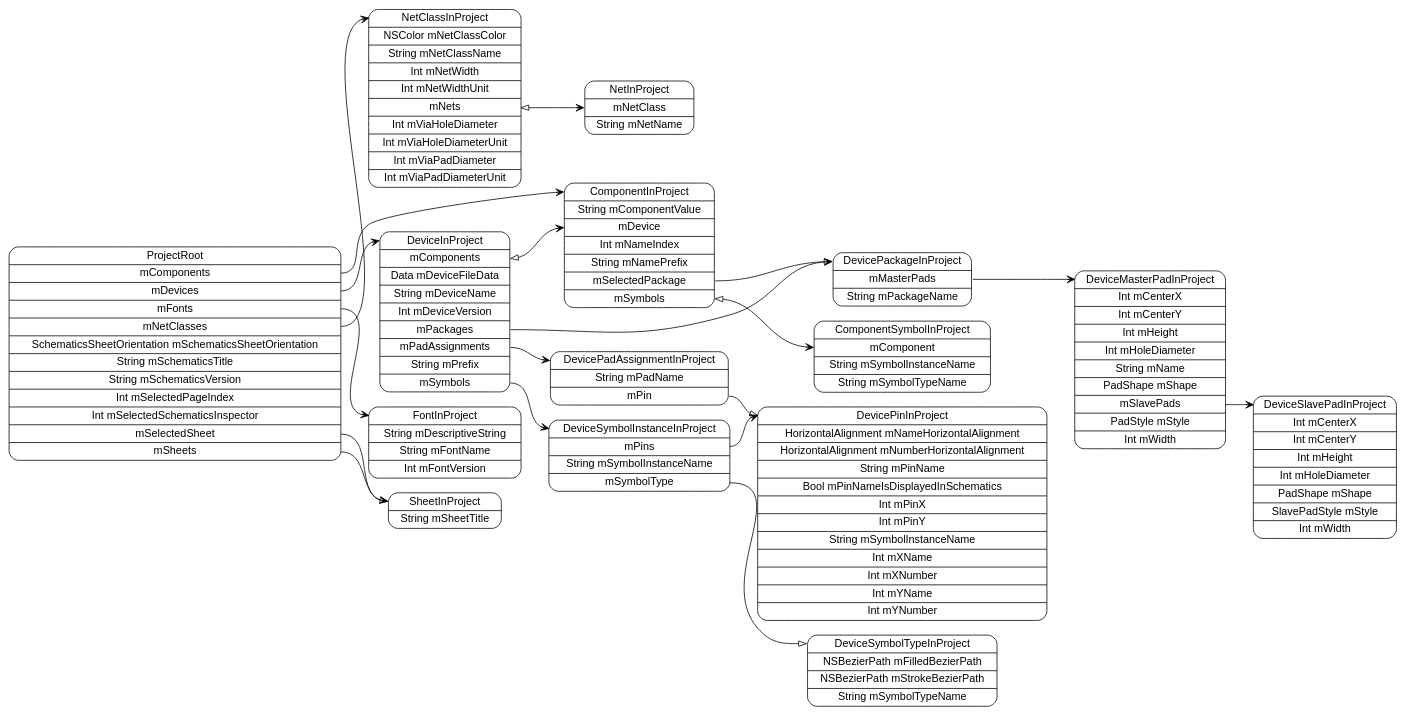
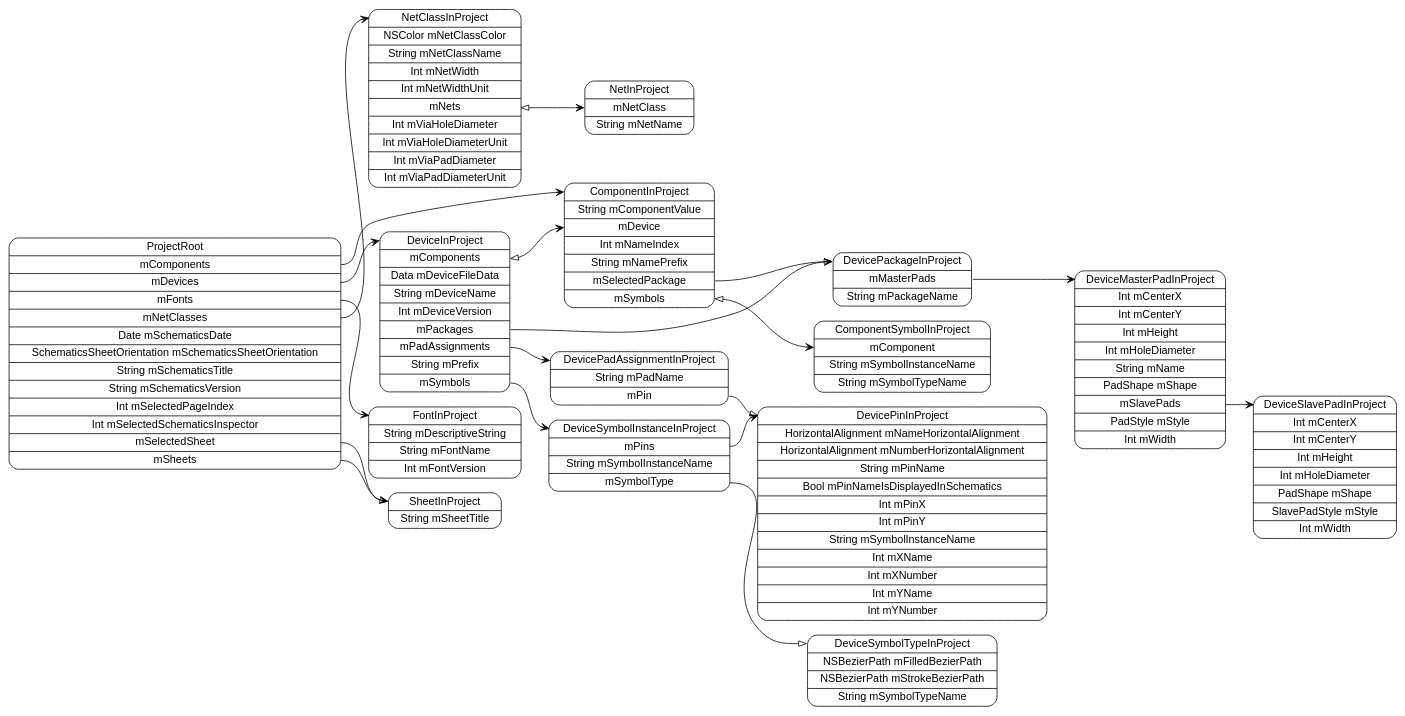
One commit to pierremolinaro/ElCanari-dev changed the diagram in models/ProjectRoot.dot. Above: the diagram before and after it, drawn with Graphviz. The commit also changed 14 other files, not shown here.

Commit message:
Project : starting sheet drawing

```diff
--- a/models/ProjectRoot.dot
+++ b/models/ProjectRoot.dot
@@ -1,37 +1,37 @@
 digraph G {
   rankdir=LR ;
   node [shape=record fontname=helvetica style=rounded] ;
-  ProjectRoot[label="<ProjectRoot>ProjectRoot|<mComponents>mComponents|<mDevices>mDevices|<mFonts>mFonts|<mNetClasses>mNetClasses|SchematicsSheetOrientation mSchematicsSheetOrientation|String mSchematicsTitle|String mSchematicsVersion|Int mSelectedPageIndex|Int mSelectedSchematicsInspector|<mSelectedSheet>mSelectedSheet|<mSheets>mSheets"] ;
+  ProjectRoot[label="<ProjectRoot>ProjectRoot|<mComponents>mComponents|<mDevices>mDevices|<mFonts>mFonts|<mNetClasses>mNetClasses|Date mSchematicsDate|SchematicsSheetOrientation mSchematicsSheetOrientation|String mSchematicsTitle|String mSchematicsVersion|Int mSelectedPageIndex|Int mSelectedSchematicsInspector|<mSelectedSheet>mSelectedSheet|<mSheets>mSheets"] ;
   SheetInProject[label="<SheetInProject>SheetInProject|String mSheetTitle"] ;
   NetClassInProject[label="<NetClassInProject>NetClassInProject|NSColor mNetClassColor|String mNetClassName|Int mNetWidth|Int mNetWidthUnit|<mNets>mNets|Int mViaHoleDiameter|Int mViaHoleDiameterUnit|Int mViaPadDiameter|Int mViaPadDiameterUnit"] ;
   NetInProject[label="<NetInProject>NetInProject|<mNetClass>mNetClass|String mNetName"] ;
   FontInProject[label="<FontInProject>FontInProject|String mDescriptiveString|String mFontName|Int mFontVersion"] ;
   DeviceInProject[label="<DeviceInProject>DeviceInProject|<mComponents>mComponents|Data mDeviceFileData|String mDeviceName|Int mDeviceVersion|<mPackages>mPackages|<mPadAssignments>mPadAssignments|String mPrefix|<mSymbols>mSymbols"] ;
   DeviceSymbolInstanceInProject[label="<DeviceSymbolInstanceInProject>DeviceSymbolInstanceInProject|<mPins>mPins|String mSymbolInstanceName|<mSymbolType>mSymbolType"] ;
   DeviceSymbolTypeInProject[label="<DeviceSymbolTypeInProject>DeviceSymbolTypeInProject|NSBezierPath mFilledBezierPath|NSBezierPath mStrokeBezierPath|String mSymbolTypeName"] ;
   DevicePinInProject[label="<DevicePinInProject>DevicePinInProject|HorizontalAlignment mNameHorizontalAlignment|HorizontalAlignment mNumberHorizontalAlignment|String mPinName|Bool mPinNameIsDisplayedInSchematics|Int mPinX|Int mPinY|String mSymbolInstanceName|Int mXName|Int mXNumber|Int mYName|Int mYNumber"] ;
   DevicePadAssignmentInProject[label="<DevicePadAssignmentInProject>DevicePadAssignmentInProject|String mPadName|<mPin>mPin"] ;
   DevicePackageInProject[label="<DevicePackageInProject>DevicePackageInProject|<mMasterPads>mMasterPads|String mPackageName"] ;
   DeviceMasterPadInProject[label="<DeviceMasterPadInProject>DeviceMasterPadInProject|Int mCenterX|Int mCenterY|Int mHeight|Int mHoleDiameter|String mName|PadShape mShape|<mSlavePads>mSlavePads|PadStyle mStyle|Int mWidth"] ;
   DeviceSlavePadInProject[label="<DeviceSlavePadInProject>DeviceSlavePadInProject|Int mCenterX|Int mCenterY|Int mHeight|Int mHoleDiameter|PadShape mShape|SlavePadStyle mStyle|Int mWidth"] ;
   ComponentInProject[label="<ComponentInProject>ComponentInProject|String mComponentValue|<mDevice>mDevice|Int mNameIndex|String mNamePrefix|<mSelectedPackage>mSelectedPackage|<mSymbols>mSymbols"] ;
   ComponentSymbolInProject[label="<ComponentSymbolInProject>ComponentSymbolInProject|<mComponent>mComponent|String mSymbolInstanceName|String mSymbolTypeName"] ;
   ProjectRoot:mComponents -> ComponentInProject:ComponentInProject [dir=both arrowtail=none arrowhead=vee] ;
   ProjectRoot:mDevices -> DeviceInProject:DeviceInProject [dir=both arrowtail=none arrowhead=vee] ;
   ProjectRoot:mFonts -> FontInProject:FontInProject [dir=both arrowtail=none arrowhead=vee] ;
   ProjectRoot:mNetClasses -> NetClassInProject:NetClassInProject [dir=both arrowtail=none arrowhead=vee] ;
   ProjectRoot:mSelectedSheet -> SheetInProject:SheetInProject [dir=both arrowtail=none arrowhead=onormal] ;
   ProjectRoot:mSheets -> SheetInProject:SheetInProject [dir=both arrowtail=none arrowhead=vee] ;
   NetClassInProject:mNets -> NetInProject:mNetClass [dir=both arrowtail=onormal arrowhead=vee] ;
   DeviceInProject:mComponents -> ComponentInProject:mDevice [dir=both arrowtail=onormal arrowhead=vee] ;
   DeviceInProject:mPackages -> DevicePackageInProject:DevicePackageInProject [dir=both arrowtail=none arrowhead=vee] ;
   DeviceInProject:mPadAssignments -> DevicePadAssignmentInProject:DevicePadAssignmentInProject [dir=both arrowtail=none arrowhead=vee] ;
   DeviceInProject:mSymbols -> DeviceSymbolInstanceInProject:DeviceSymbolInstanceInProject [dir=both arrowtail=none arrowhead=vee] ;
   DeviceSymbolInstanceInProject:mPins -> DevicePinInProject:DevicePinInProject [dir=both arrowtail=none arrowhead=vee] ;
   DeviceSymbolInstanceInProject:mSymbolType -> DeviceSymbolTypeInProject:DeviceSymbolTypeInProject [dir=both arrowtail=none arrowhead=onormal] ;
   DevicePadAssignmentInProject:mPin -> DevicePinInProject:DevicePinInProject [dir=both arrowtail=none arrowhead=onormal] ;
   DevicePackageInProject:mMasterPads -> DeviceMasterPadInProject:DeviceMasterPadInProject [dir=both arrowtail=none arrowhead=vee] ;
   DeviceMasterPadInProject:mSlavePads -> DeviceSlavePadInProject:DeviceSlavePadInProject [dir=both arrowtail=none arrowhead=vee] ;
   ComponentInProject:mSelectedPackage -> DevicePackageInProject:DevicePackageInProject [dir=both arrowtail=none arrowhead=onormal] ;
   ComponentInProject:mSymbols -> ComponentSymbolInProject:mComponent [dir=both arrowtail=onormal arrowhead=vee] ;
 }
```
